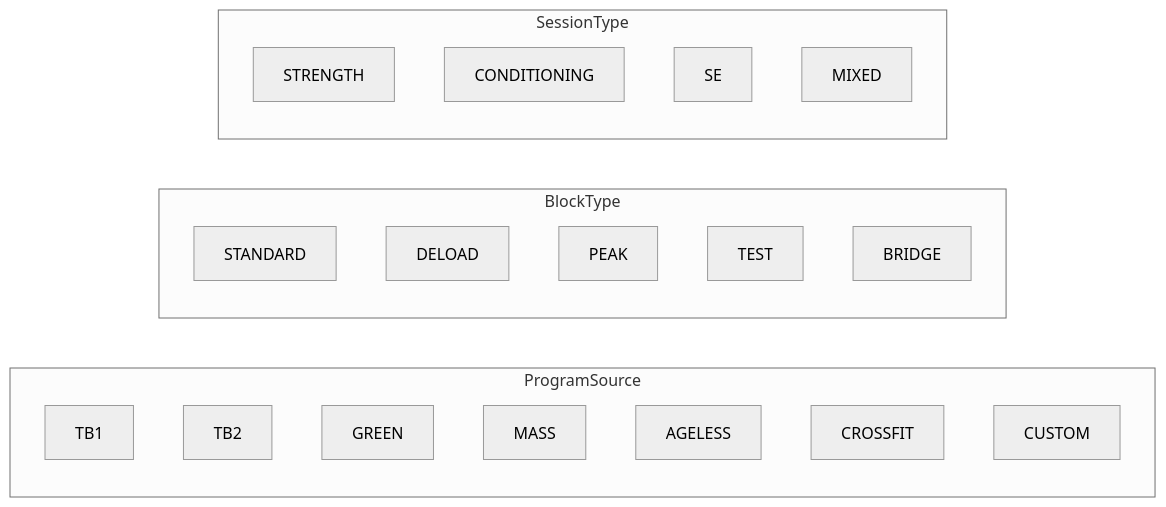
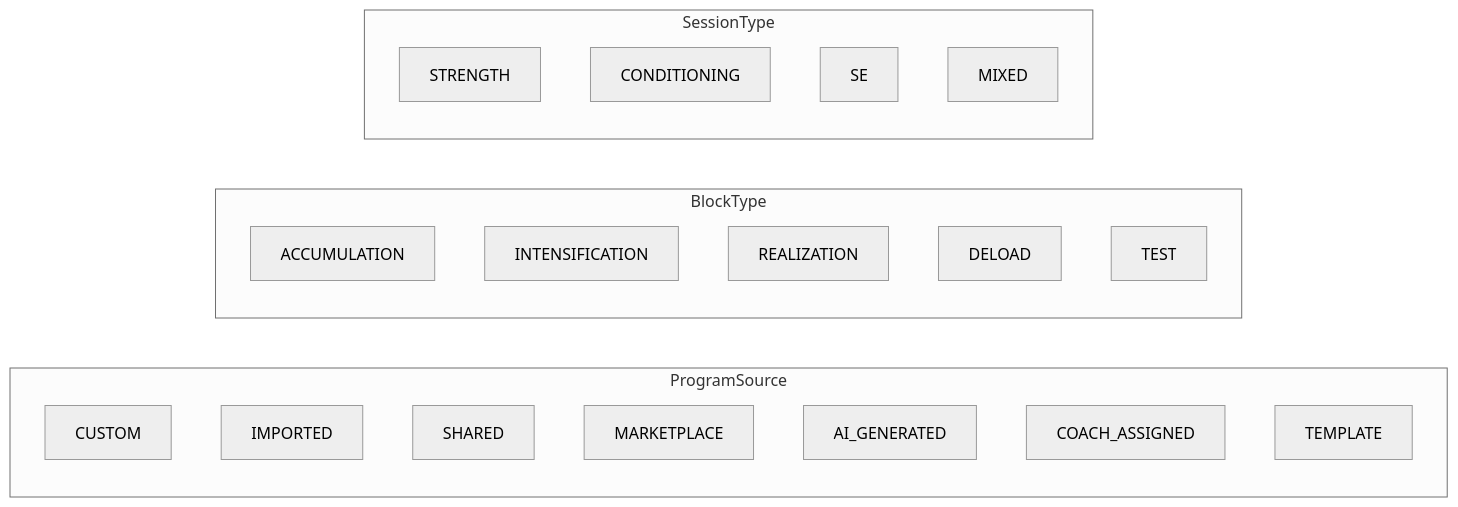
Diagram 12 of 17 in docs/05-domain-model.md (rghsoftware/ardent-forge), drawn with Mermaid (neutral theme) before and after one commit. The commit also changed other lines of this file and 16 other files, not shown here.

````diff
--- a/docs/05-domain-model.md
+++ b/docs/05-domain-model.md
@@ -526,27 +526,27 @@
 ```mermaid
 flowchart LR
     subgraph ProgramSource
-        PS1["TB1"]
-        PS2["TB2"]
-        PS3["GREEN"]
-        PS4["MASS"]
-        PS5["AGELESS"]
-        PS6["CROSSFIT"]
-        PS7["CUSTOM"]
+        PS1["CUSTOM"]
+        PS2["IMPORTED"]
+        PS3["SHARED"]
+        PS4["MARKETPLACE"]
+        PS5["AI_GENERATED"]
+        PS6["COACH_ASSIGNED"]
+        PS7["TEMPLATE"]
     end
-    
+
     subgraph BlockType
-        BT1["STANDARD"]
-        BT2["DELOAD"]
-        BT3["PEAK"]
-        BT4["TEST"]
-        BT5["BRIDGE"]
+        BT1["ACCUMULATION"]
+        BT2["INTENSIFICATION"]
+        BT3["REALIZATION"]
+        BT4["DELOAD"]
+        BT5["TEST"]
     end
-    
+
     subgraph SessionType
         ST1["STRENGTH"]
         ST2["CONDITIONING"]
         ST3["SE"]
         ST4["MIXED"]
     end
 ```
````
